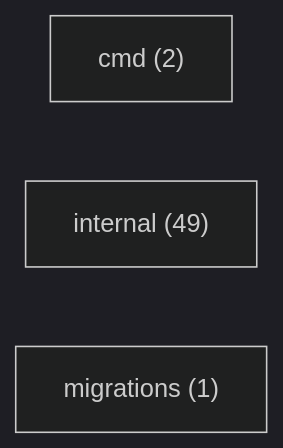
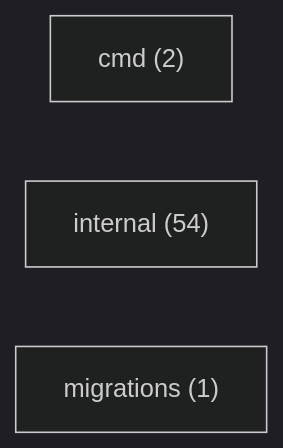
One commit to mauriciomiwa/ominicore-service changed the diagram in DOC/System/mapa/inventario.md. Above: the diagram before and after it, drawn with Mermaid (dark theme). The commit also changed other lines of this file and 47 other files, not shown here.

````diff
--- a/DOC/System/mapa/inventario.md
+++ b/DOC/System/mapa/inventario.md
@@ -14,6 +14,6 @@
 ```mermaid
 graph LR
   cmd["cmd (2)"]
-  internal["internal (49)"]
+  internal["internal (54)"]
   migrations["migrations (1)"]
 ```
````
